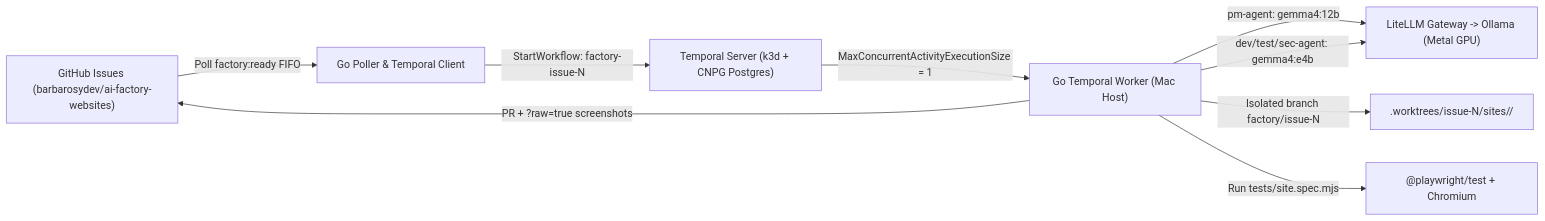
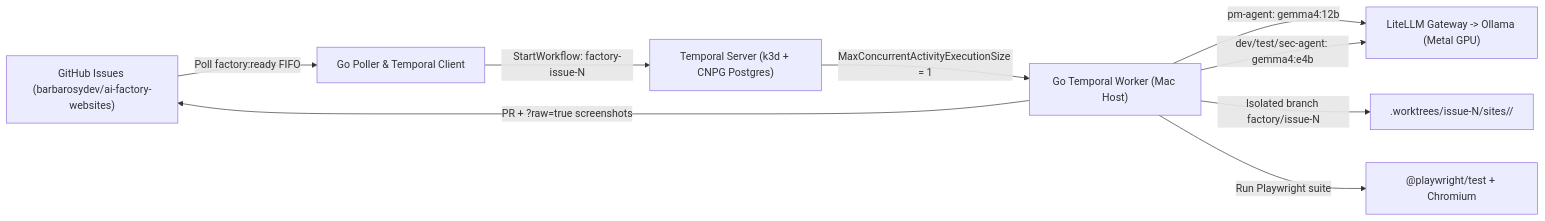
The first of 2 diagrams in docs/architecture.md (barbarosydev/ai-factory), drawn with Mermaid before and after one commit. The commit also changed other lines of this file and 12 other files, not shown here.

````diff
--- a/docs/architecture.md
+++ b/docs/architecture.md
@@ -7,11 +7,11 @@
 ```mermaid
 flowchart LR
   GH["GitHub Issues (barbarosydev/ai-factory-websites)"] -->|Poll factory:ready FIFO| POLLER["Go Poller & Temporal Client"]
   POLLER -->|StartWorkflow: factory-issue-N| TEMP["Temporal Server (k3d + CNPG Postgres)"]
   TEMP -->|MaxConcurrentActivityExecutionSize = 1| WORKER["Go Temporal Worker (Mac Host)"]
   WORKER -->|pm-agent: gemma4:12b| LITE["LiteLLM Gateway -> Ollama (Metal GPU)"]
   WORKER -->|dev/test/sec-agent: gemma4:e4b| LITE
   WORKER -->|Isolated branch factory/issue-N| WT[".worktrees/issue-N/sites/<slug>/"]
-  WORKER -->|Run tests/site.spec.mjs| PW["@playwright/test + Chromium"]
+  WORKER -->|Run Playwright suite| PW["@playwright/test + Chromium"]
   WORKER -->|PR + ?raw=true screenshots| GH
 ```
````
